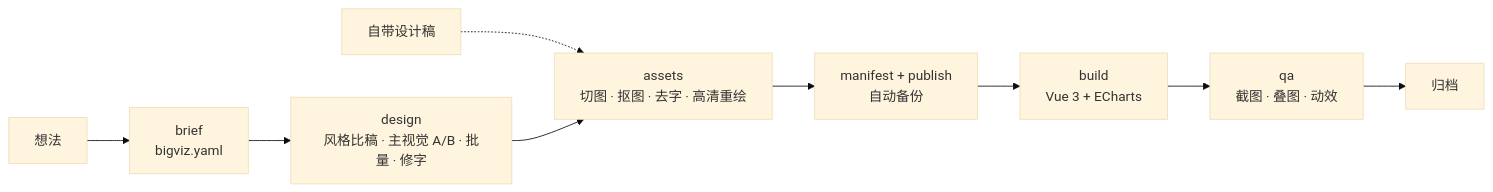
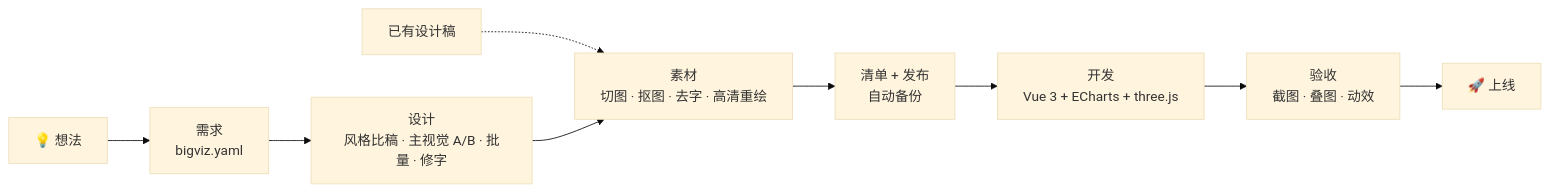
Before and after one commit to Amtb8788/BigViz: the diagram in README.zh-CN.md, drawn with Mermaid (base theme). The commit also changed other lines of this file and 7 other files, not shown here.

````diff
--- a/README.zh-CN.md
+++ b/README.zh-CN.md
@@ -90,11 +122,11 @@
 ```mermaid
 flowchart LR
-  A[想法] --> B[brief<br/>bigviz.yaml]
-  B --> C[design<br/>风格比稿 · 主视觉 A/B · 批量 · 修字]
-  M[自带设计稿] -.-> D
-  C --> D[assets<br/>切图 · 抠图 · 去字 · 高清重绘]
-  D --> E[manifest + publish<br/>自动备份]
-  E --> F[build<br/>Vue 3 + ECharts]
-  F --> G[qa<br/>截图 · 叠图 · 动效]
-  G --> H[归档]
+  A[💡 想法] --> B[需求<br/>bigviz.yaml]
+  B --> C[设计<br/>风格比稿 · 主视觉 A/B · 批量 · 修字]
+  M[已有设计稿] -.-> D
+  C --> D[素材<br/>切图 · 抠图 · 去字 · 高清重绘]
+  D --> E[清单 + 发布<br/>自动备份]
+  E --> F[开发<br/>Vue 3 + ECharts + three.js]
+  F --> G[验收<br/>截图 · 叠图 · 动效]
+  G --> H[🚀 上线]
 ```
````
